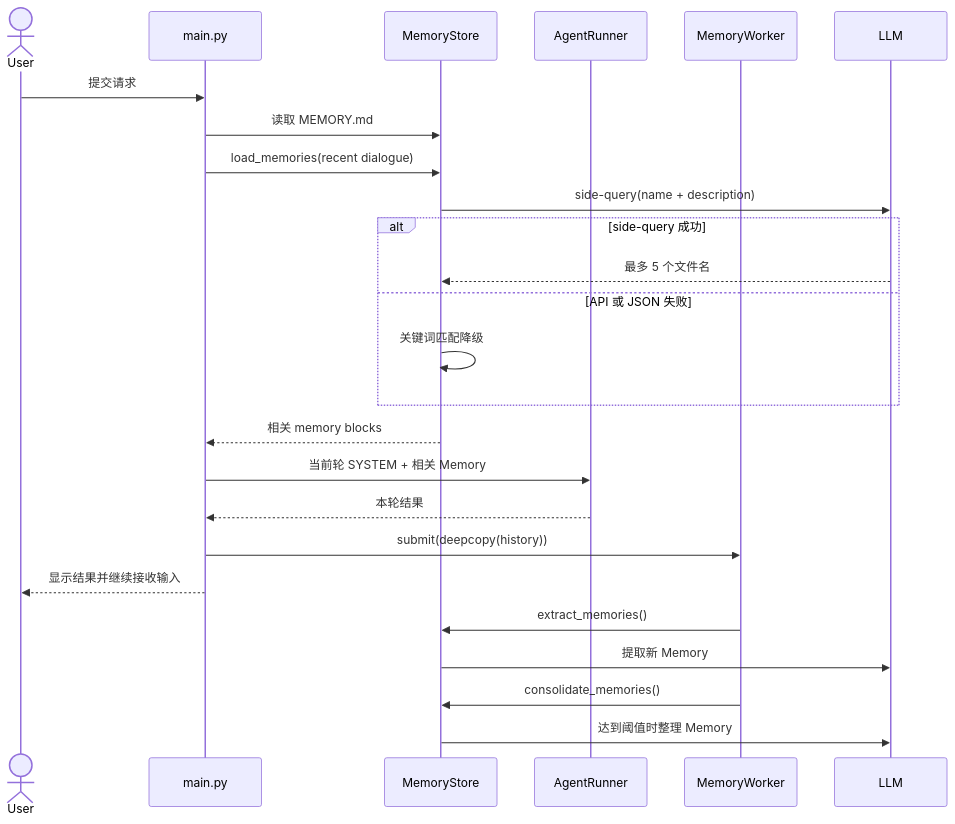
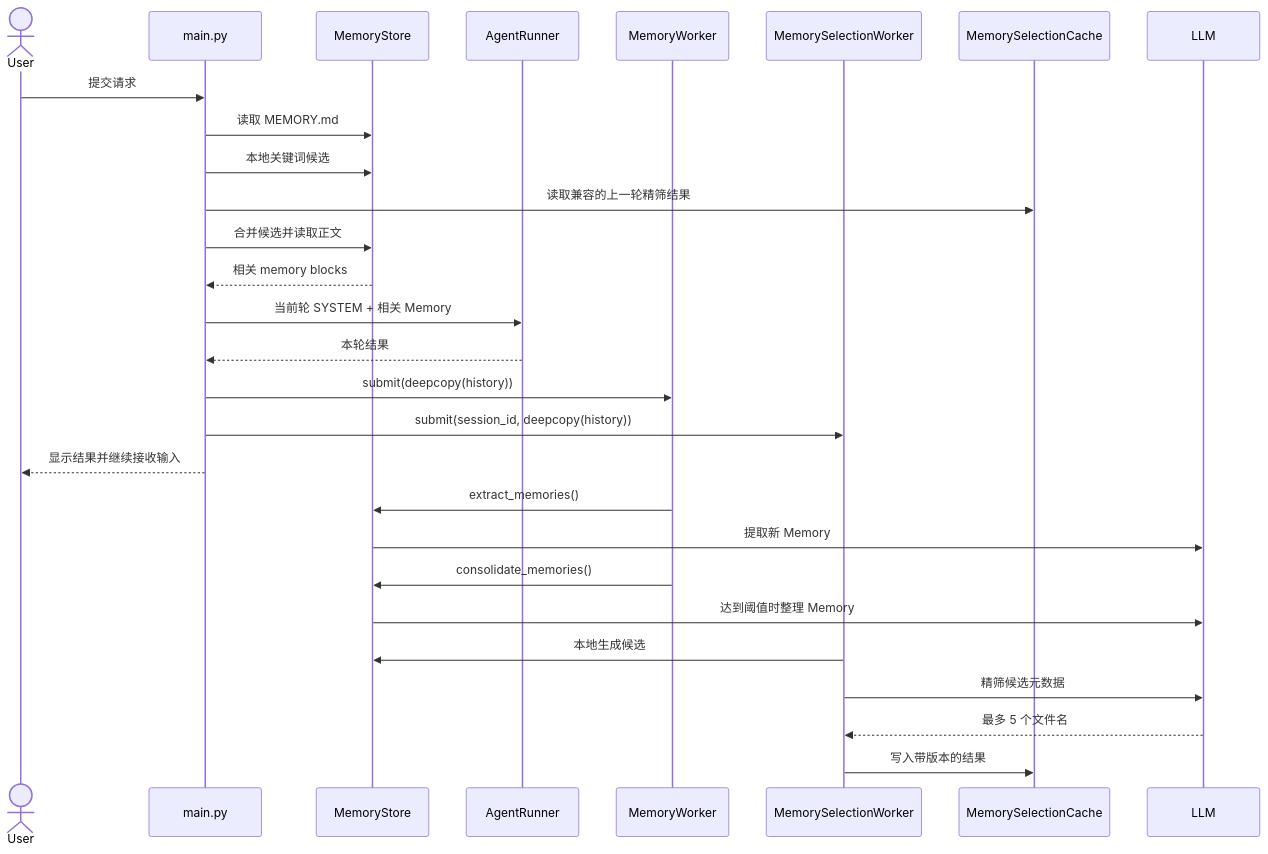
Before and after one commit to Alex-J4096/swe-agent: diagram 11 of 14 in docs/ARCHITECTURE.md, drawn with Mermaid. The commit also changed other lines of this file and 43 other files, not shown here.

````diff
--- a/docs/ARCHITECTURE.md
+++ b/docs/ARCHITECTURE.md
@@ -1276,28 +1328,31 @@
 ```mermaid
 sequenceDiagram
     actor User
     participant Main as main.py
     participant Store as MemoryStore
     participant Agent as AgentRunner
     participant Worker as MemoryWorker
+    participant Selection as MemorySelectionWorker
+    participant Cache as MemorySelectionCache
     participant LLM
 
     User->>Main: 提交请求
     Main->>Store: 读取 MEMORY.md
-    Main->>Store: load_memories(recent dialogue)
-    Store->>LLM: side-query(name + description)
-    alt side-query 成功
-        LLM-->>Store: 最多 5 个文件名
-    else API 或 JSON 失败
-        Store->>Store: 关键词匹配降级
-    end
+    Main->>Store: 本地关键词候选
+    Main->>Cache: 读取兼容的上一轮精筛结果
+    Main->>Store: 合并候选并读取正文
     Store-->>Main: 相关 memory blocks
     Main->>Agent: 当前轮 SYSTEM + 相关 Memory
     Agent-->>Main: 本轮结果
     Main->>Worker: submit(deepcopy(history))
+    Main->>Selection: submit(session_id, deepcopy(history))
     Main-->>User: 显示结果并继续接收输入
     Worker->>Store: extract_memories()
     Store->>LLM: 提取新 Memory
     Worker->>Store: consolidate_memories()
     Store->>LLM: 达到阈值时整理 Memory
+    Selection->>Store: 本地生成候选
+    Selection->>LLM: 精筛候选元数据
+    LLM-->>Selection: 最多 5 个文件名
+    Selection->>Cache: 写入带版本的结果
 ```
````
